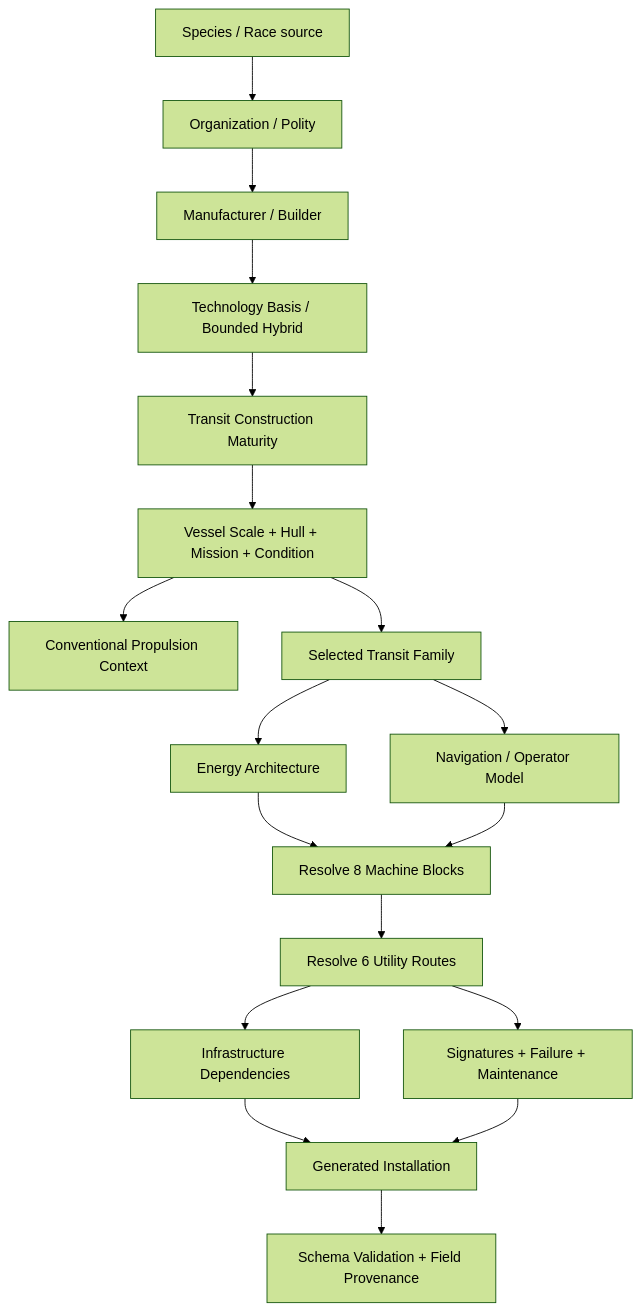
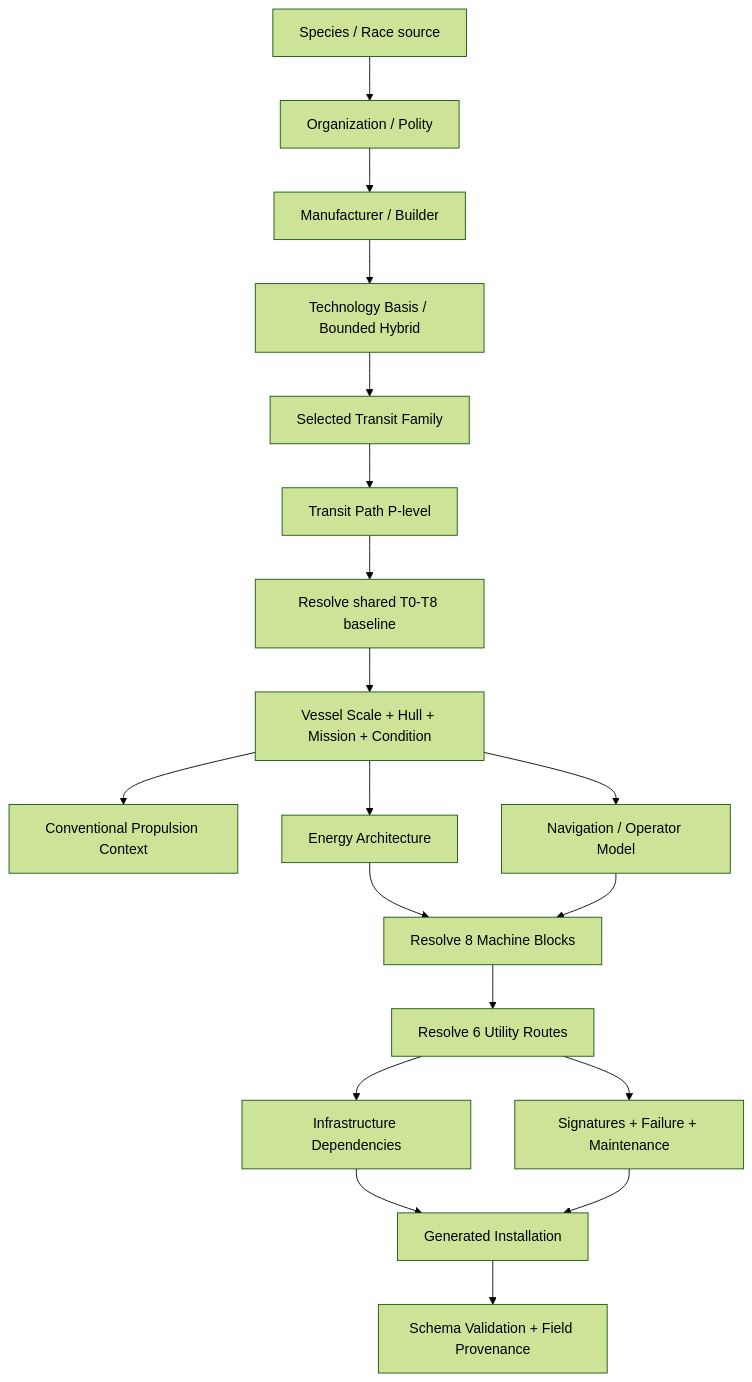
Before and after one commit to mrcalzon02/HB-TTRPG-tools: the third of 7 diagrams in docs/blacklight/BLACK_LIGHT_PROPULSION_TRANSIT_AUTHORITY.md, drawn with Mermaid (forest theme). The commit also changed other lines of this file, not shown here.

Commit message:
Reconcile transit Path levels with live capability tiers

````diff
--- a/docs/blacklight/BLACK_LIGHT_PROPULSION_TRANSIT_AUTHORITY.md
+++ b/docs/blacklight/BLACK_LIGHT_PROPULSION_TRANSIT_AUTHORITY.md
@@ -224,20 +281,21 @@
 ```mermaid
 flowchart TD
     S[Species / Race source] --> O[Organization / Polity]
     O --> M[Manufacturer / Builder]
     M --> B[Technology Basis / Bounded Hybrid]
-    B --> TM[Transit Construction Maturity]
-    TM --> V[Vessel Scale + Hull + Mission + Condition]
+    B --> F[Selected Transit Family]
+    F --> PL[Transit Path P-level]
+    PL --> TT[Resolve shared T0-T8 baseline]
+    TT --> V[Vessel Scale + Hull + Mission + Condition]
     V --> CP[Conventional Propulsion Context]
-    V --> F[Selected Transit Family]
-    F --> E[Energy Architecture]
-    F --> N[Navigation / Operator Model]
+    V --> E[Energy Architecture]
+    V --> N[Navigation / Operator Model]
     E --> X[Resolve 8 Machine Blocks]
     N --> X
     X --> U[Resolve 6 Utility Routes]
     U --> I[Infrastructure Dependencies]
     U --> R[Signatures + Failure + Maintenance]
     I --> G[Generated Installation]
     R --> G
     G --> Q[Schema Validation + Field Provenance]
 ```
````
